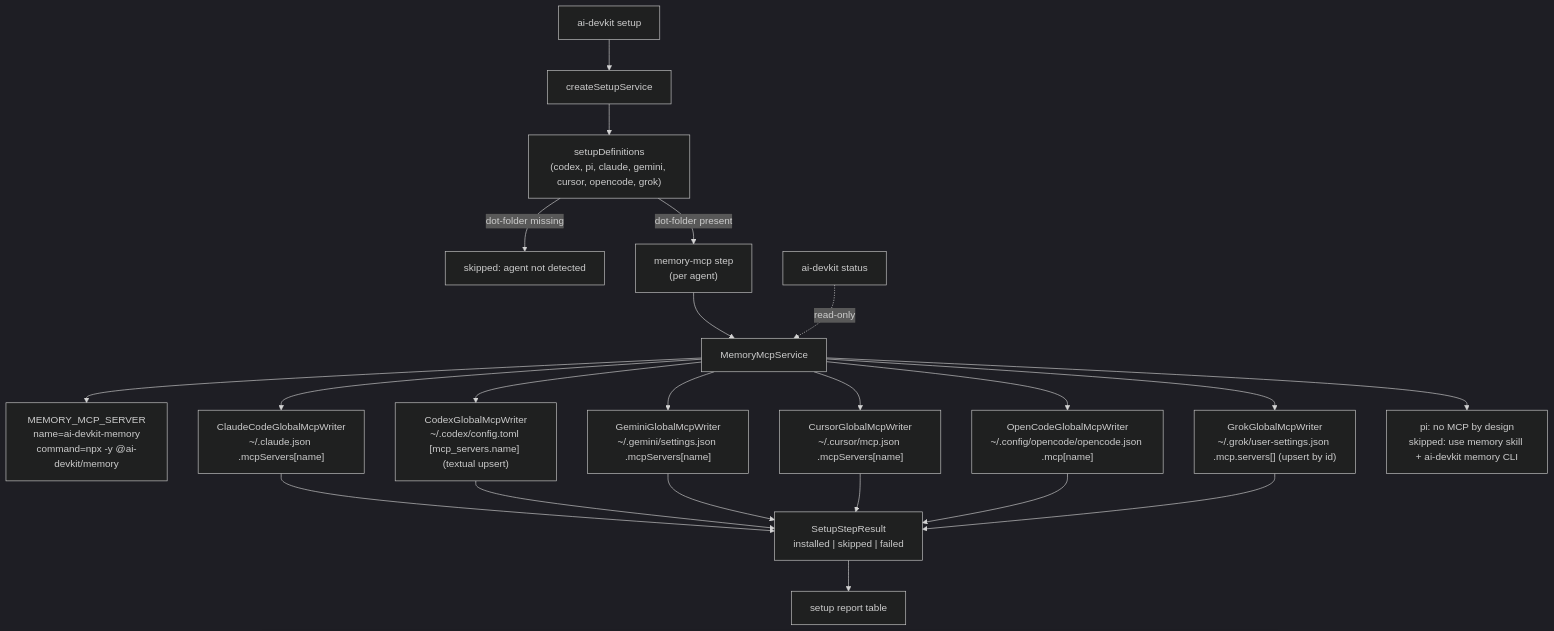
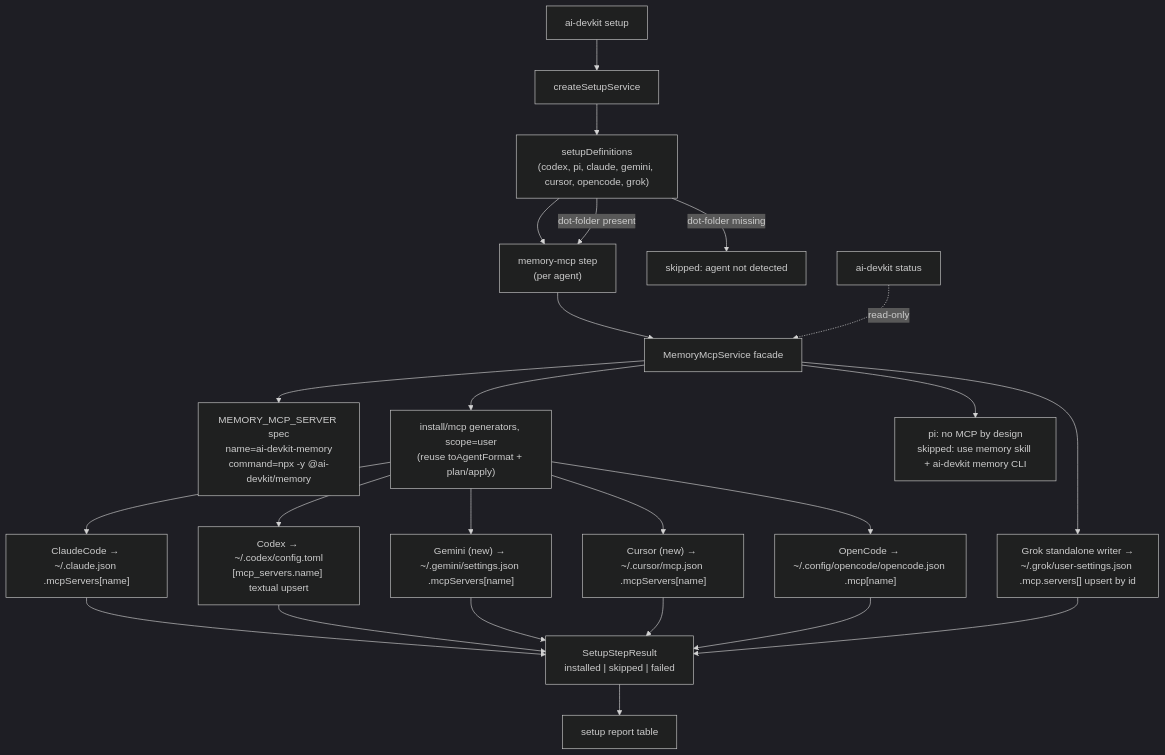
One commit to codeaholicguy/ai-devkit changed the diagram in docs/ai/design/2026-10-03-feature-setup-memory-mcp.md. Above: the diagram before and after it, drawn with Mermaid (dark theme). The commit also changed other lines of this file and 16 other files, not shown here.

First line of the commit message:
feat(cli): scope-aware MCP generators reused for global memory wiring

````diff
--- a/docs/ai/design/2026-10-03-feature-setup-memory-mcp.md
+++ b/docs/ai/design/2026-10-03-feature-setup-memory-mcp.md
@@ -13,19 +13,21 @@
 ```mermaid
 flowchart TD
     A["ai-devkit setup"] --> S["createSetupService"]
-    S --> D["setupDefinitions<br/>(codex, pi, claude, gemini, cursor, opencode, grok)"]
+    D["setupDefinitions<br/>(codex, pi, claude, gemini, cursor, opencode, grok)"] --> M["memory-mcp step<br/>(per agent)"]
+    S --> D
     D -->|"dot-folder missing"| SKIP1["skipped: agent not detected"]
-    D -->|"dot-folder present"| M["memory-mcp step<br/>(per agent)"]
-    M --> W["MemoryMcpService"]
-    W --> LAUNCH["MEMORY_MCP_SERVER<br/>name=ai-devkit-memory<br/>command=npx -y @ai-devkit/memory"]
-    W --> C1["ClaudeCodeGlobalMcpWriter<br/>~/.claude.json .mcpServers[name]"]
-    W --> C2["CodexGlobalMcpWriter<br/>~/.codex/config.toml [mcp_servers.name] (textual upsert)"]
-    W --> C3["GeminiGlobalMcpWriter<br/>~/.gemini/settings.json .mcpServers[name]"]
-    W --> C4["CursorGlobalMcpWriter<br/>~/.cursor/mcp.json .mcpServers[name]"]
-    W --> C5["OpenCodeGlobalMcpWriter<br/>~/.config/opencode/opencode.json .mcp[name]"]
-    W --> C6["GrokGlobalMcpWriter<br/>~/.grok/user-settings.json .mcp.servers[] (upsert by id)"]
+    D -->|"dot-folder present"| M
+    M --> W["MemoryMcpService facade"]
+    W --> LAUNCH["MEMORY_MCP_SERVER spec<br/>name=ai-devkit-memory<br/>command=npx -y @ai-devkit/memory"]
+    W --> G["install/mcp generators, scope=user<br/>(reuse toAgentFormat + plan/apply)"]
+    G --> C1["ClaudeCode → ~/.claude.json .mcpServers[name]"]
+    G --> C2["Codex → ~/.codex/config.toml<br/>[mcp_servers.name] textual upsert"]
+    G --> C3["Gemini (new) → ~/.gemini/settings.json .mcpServers[name]"]
+    G --> C4["Cursor (new) → ~/.cursor/mcp.json .mcpServers[name]"]
+    G --> C5["OpenCode → ~/.config/opencode/opencode.json .mcp[name]"]
+    W --> C6["Grok standalone writer →<br/>~/.grok/user-settings.json .mcp.servers[] upsert by id"]
     W --> PI["pi: no MCP by design<br/>skipped: use memory skill + ai-devkit memory CLI"]
     C1 & C2 & C3 & C4 & C5 & C6 --> R["SetupStepResult<br/>installed | skipped | failed"]
     R --> OUT["setup report table"]
     ST["ai-devkit status"] -.read-only.-> W
 ```
````
